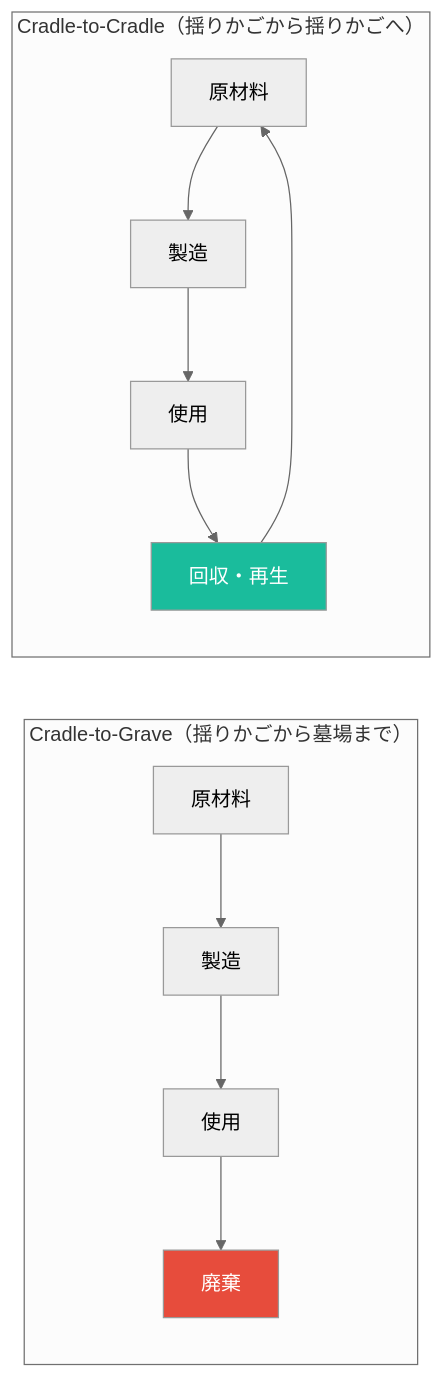
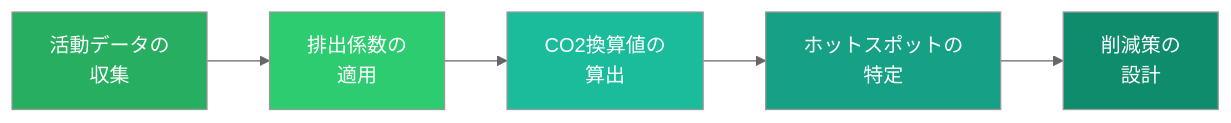
Before and after one commit to Hide-nu/Designer-curriculum: the second of 3 diagrams in docs/books/06-sustainable-design/ch02-lifecycle-assessment.md, drawn with Mermaid (neutral theme). The commit also changed other lines of this file and 13 other files, not shown here.

````diff
--- a/docs/books/06-sustainable-design/ch02-lifecycle-assessment.md
+++ b/docs/books/06-sustainable-design/ch02-lifecycle-assessment.md
@@ -63,14 +71,13 @@
 ```mermaid
 graph LR
-    subgraph "Cradle-to-Grave（揺りかごから墓場まで）"
-        A1[原材料] --> B1[製造] --> C1[使用] --> D1[廃棄]
-    end
+    A[活動データの<br/>収集] --> B[排出係数の<br/>適用]
+    B --> C[CO2換算値の<br/>算出]
+    C --> D[ホットスポットの<br/>特定]
+    D --> E[削減策の<br/>設計]
 
-    subgraph "Cradle-to-Cradle（揺りかごから揺りかごへ）"
-        A2[原材料] --> B2[製造] --> C2[使用] --> E2[回収・再生]
-        E2 --> A2
-    end
-
-    style D1 fill:#E74C3C,color:#fff
-    style E2 fill:#1ABC9C,color:#fff
+    style A fill:#27AE60,color:#fff
+    style B fill:#2ECC71,color:#fff
+    style C fill:#1ABC9C,color:#fff
+    style D fill:#16A085,color:#fff
+    style E fill:#0E8C6B,color:#fff
 ```
````
